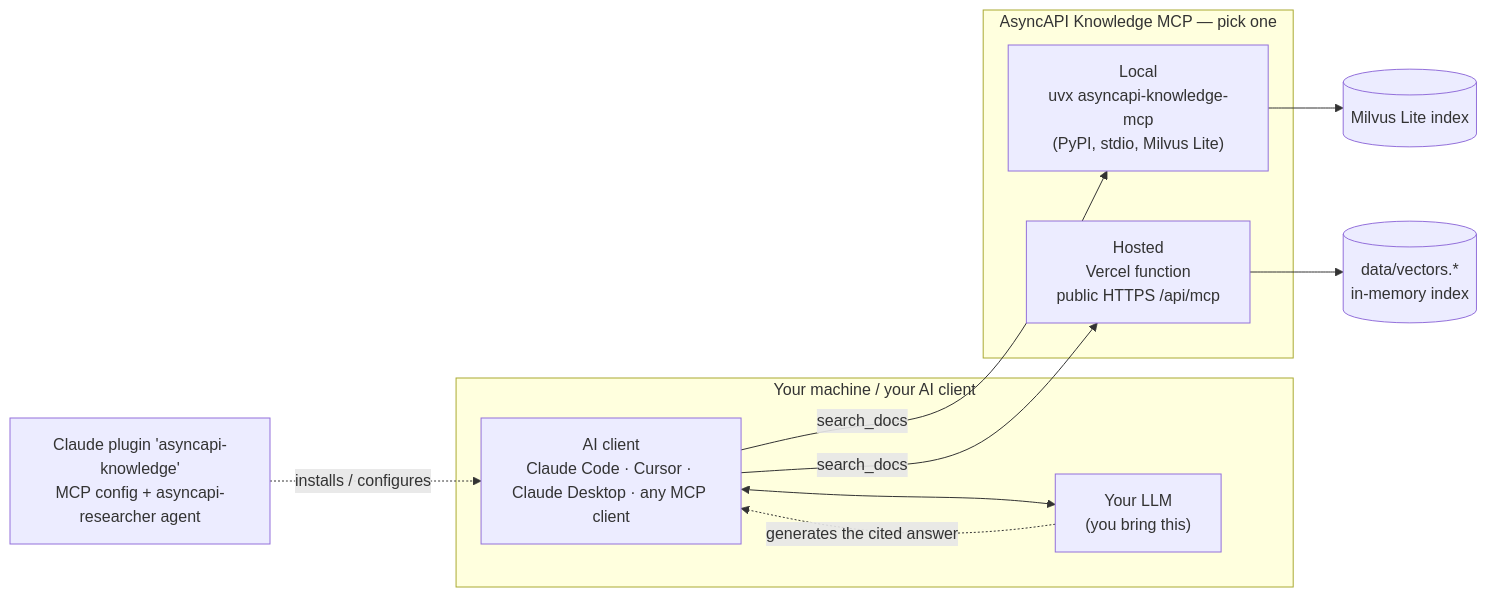
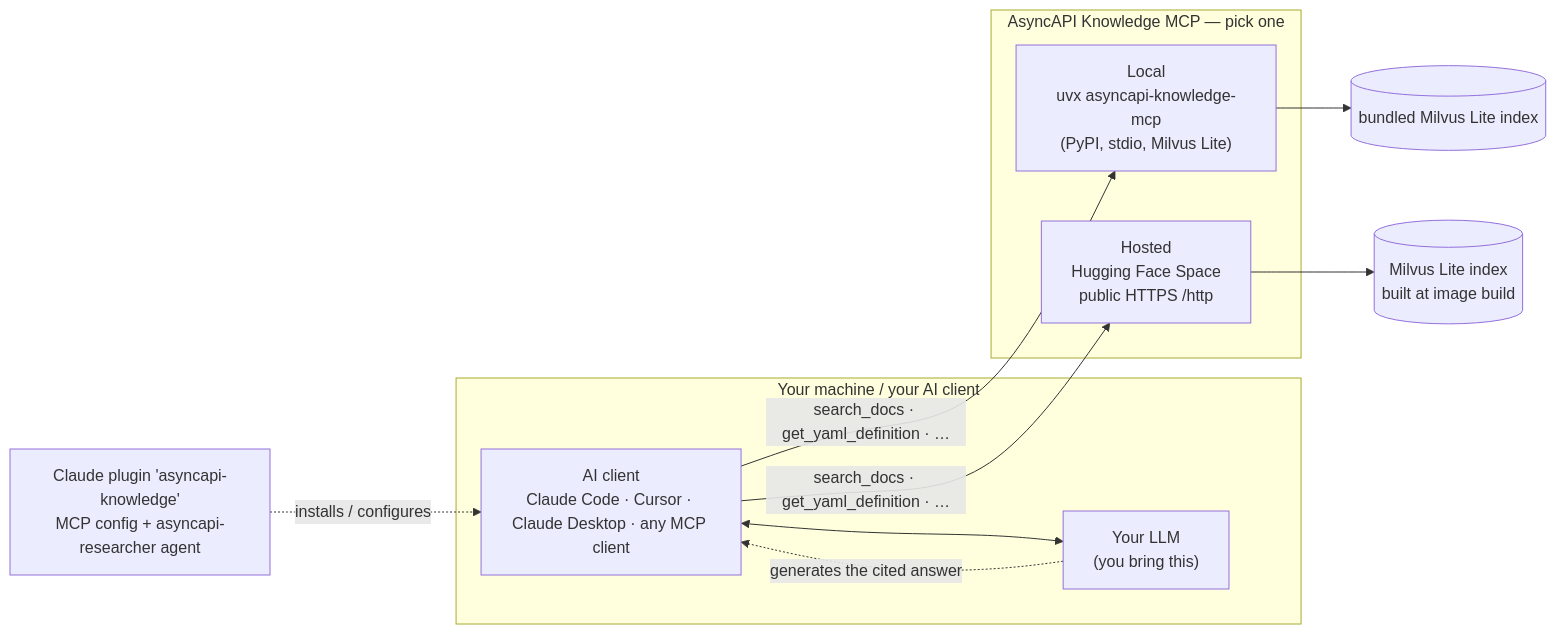
Before and after one commit to derberg/asyncapi-knowledge-mcp: the second of 2 diagrams in docs/architecture.md, drawn with Mermaid. The commit also changed other lines of this file and 28 other files, not shown here.

````diff
--- a/docs/architecture.md
+++ b/docs/architecture.md
@@ -63,24 +59,24 @@
 ```mermaid
 flowchart LR
     subgraph yours["Your machine / your AI client"]
         client["AI client<br/>Claude Code · Cursor · Claude Desktop · any MCP client"]
         model["Your LLM<br/>(you bring this)"]
         client <--> model
     end
 
     subgraph mcpopts["AsyncAPI Knowledge MCP — pick one"]
         local["Local<br/>uvx asyncapi-knowledge-mcp<br/>(PyPI, stdio, Milvus Lite)"]
-        hosted["Hosted<br/>Vercel function<br/>public HTTPS /api/mcp"]
+        hosted["Hosted<br/>Hugging Face Space<br/>public HTTPS /http"]
     end
 
-    localdb[(Milvus Lite index)]
-    hosteddb[(data/vectors.*<br/>in-memory index)]
+    localdb[(bundled Milvus Lite index)]
+    hosteddb[(Milvus Lite index<br/>built at image build)]
     plugin["Claude plugin 'asyncapi-knowledge'<br/>MCP config + asyncapi-researcher agent"]
 
     plugin -. "installs / configures" .-> client
-    client -- "search_docs" --> local
-    client -- "search_docs" --> hosted
+    client -- "search_docs · get_yaml_definition · …" --> local
+    client -- "search_docs · get_yaml_definition · …" --> hosted
     local --> localdb
     hosted --> hosteddb
     model -. "generates the cited answer" .-> client
 ```
````
